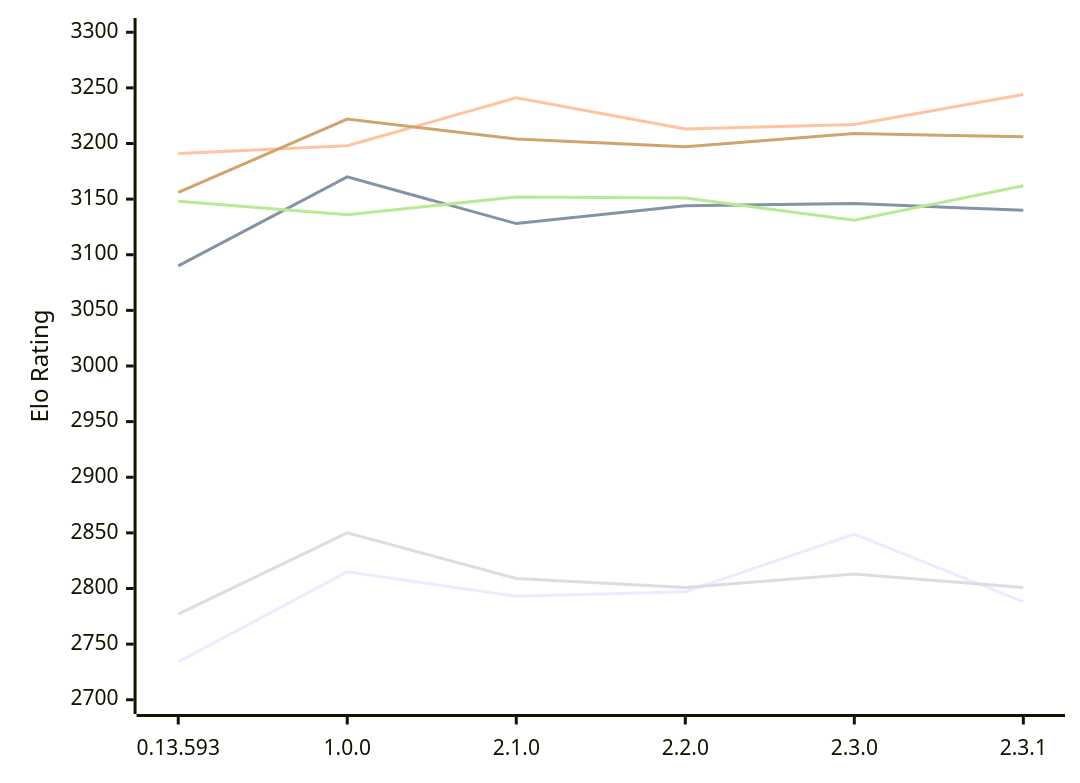
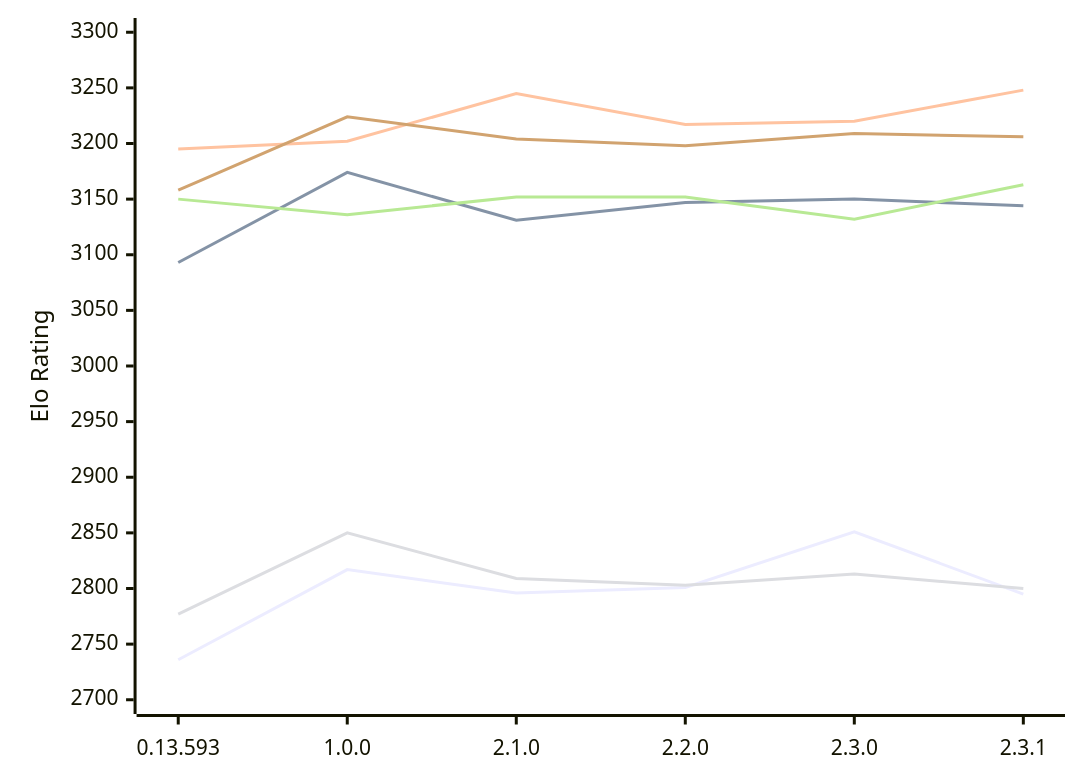
The diagram in engines/Pawnstar.md (computer-chess-index/cci), drawn with Mermaid before and after one commit. The commit also changed other lines of this file, not shown here.

Commit message:
Update CCI Ratings (ELO VLTC) - 2026-11-22

````diff
--- a/engines/Pawnstar.md
+++ b/engines/Pawnstar.md
@@ -57,12 +57,12 @@
 ```mermaid
 %%{init: {"theme":"base","themeVariables":{"seriesColors:['#a3a3a3','#222221','#faa371']}}}%%
 xychart-beta
   x-axis ["0.13.593", "1.0.0", "2.1.0", "2.2.0", "2.3.0", "2.3.1"]
   y-axis "Elo Rating" 2700 --> 3300
-  line "E1: STC (8.0+0.08s)" [2734, 2815, 2793, 2797, 2849, 2788]
-  line "E1: LTC (60.0+0.60s)" [3090, 3170, 3128, 3144, 3146, 3140]
-  line "E1: VLTC (2m24s+1.12s)" [3191, 3198, 3241, 3213, 3217, 3244]
-  line "P1: STC (8.0+0.08s)" [2777, 2850, 2809, 2801, 2813, 2801]
-  line "P1: LTC (60.0+0.60s)" [3148, 3136, 3152, 3151, 3131, 3162]
-  line "P1: VLTC (2m24s+1.12s)" [3156, 3222, 3204, 3197, 3209, 3206]
+  line "E1: STC (8.0+0.08s)" [2736, 2817, 2796, 2801, 2851, 2795]
+  line "E1: LTC (60.0+0.60s)" [3093, 3174, 3131, 3147, 3150, 3144]
+  line "E1: VLTC (2m24s+1.12s)" [3195, 3202, 3245, 3217, 3220, 3248]
+  line "P1: STC (8.0+0.08s)" [2777, 2850, 2809, 2803, 2813, 2800]
+  line "P1: LTC (60.0+0.60s)" [3150, 3136, 3152, 3152, 3132, 3163]
+  line "P1: VLTC (2m24s+1.12s)" [3158, 3224, 3204, 3198, 3209, 3206]
 ```
````
